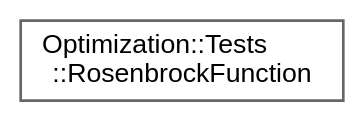
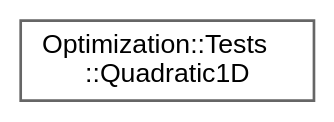
One commit to jswoo0615/Algorithms_for_Optimization_cpp changed the diagram in inherit_graph_29.dot. Above: the diagram before and after it, drawn with Graphviz. The commit also changed 27 other files, not shown here.

```diff
--- a/inherit_graph_29.dot
+++ b/inherit_graph_29.dot
@@ -1,9 +1,9 @@
 digraph "Graphical Class Hierarchy"
 {
  // LATEX_PDF_SIZE
   bgcolor="transparent";
   edge [fontname=Helvetica,fontsize=10,labelfontname=Helvetica,labelfontsize=10];
   node [fontname=Helvetica,fontsize=10,shape=box,height=0.2,width=0.4];
   rankdir="LR";
-  Node0 [id="Node000000",label="Optimization::Tests\l::RosenbrockFunction",height=0.2,width=0.4,color="grey40", fillcolor="white", style="filled",URL="$structOptimization_1_1Tests_1_1RosenbrockFunction.html",tooltip=" "];
+  Node0 [id="Node000000",label="Optimization::Tests\l::Quadratic1D",height=0.2,width=0.4,color="grey40", fillcolor="white", style="filled",URL="$structOptimization_1_1Tests_1_1Quadratic1D.html",tooltip="1차원 2차 함수 (Quadratic Function) f(x) = (x - 3.0)^2 전역 최적점: x* = 3.0, f(x*) = 0.0"];
 }
```
